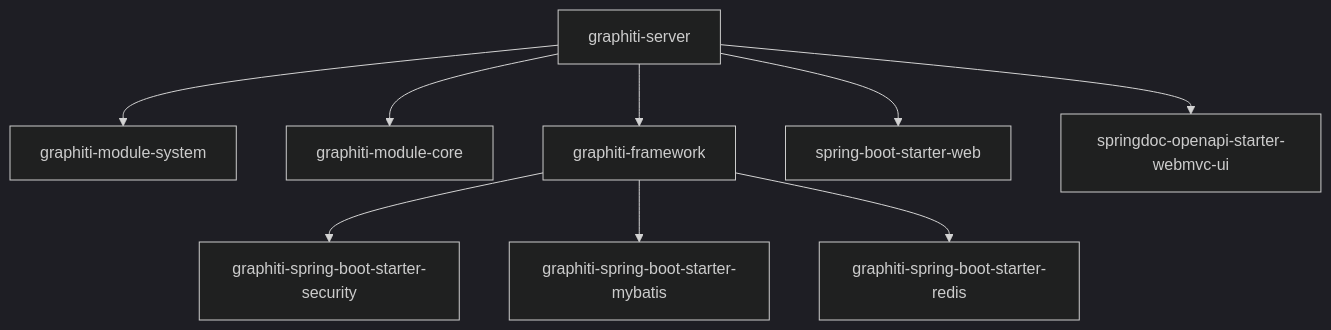
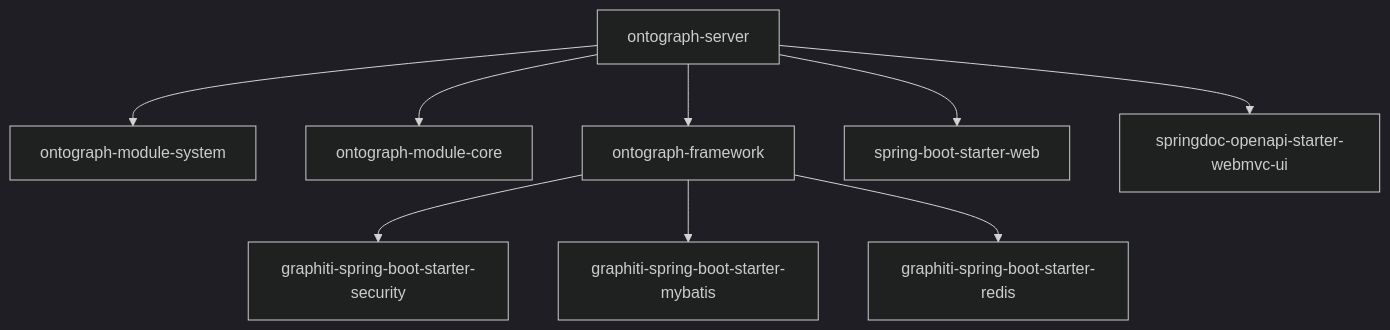
The fifth of 5 diagrams in docs/manual/架构设计/模块化设计/应用启动模块 (graphiti-server).md (joezxh/graphiti-java), drawn with Mermaid (dark theme) before and after one commit. The commit also changed other lines of this file and 200 other files, not shown here.

````diff
--- a/docs/manual/架构设计/模块化设计/应用启动模块 (graphiti-server).md
+++ b/docs/manual/架构设计/模块化设计/应用启动模块 (graphiti-server).md
@@ -216,11 +216,11 @@
 ```mermaid
 graph TB
-S["graphiti-server"] --> M1["graphiti-module-system"]
-S --> M2["graphiti-module-core"]
-S --> FW["graphiti-framework"]
+S["ontograph-server"] --> M1["ontograph-module-system"]
+S --> M2["ontograph-module-core"]
+S --> FW["ontograph-framework"]
 FW --> SEC["graphiti-spring-boot-starter-security"]
 FW --> MB["graphiti-spring-boot-starter-mybatis"]
 FW --> RD["graphiti-spring-boot-starter-redis"]
 S --> WEB["spring-boot-starter-web"]
 S --> DOC["springdoc-openapi-starter-webmvc-ui"]
 ```
````
